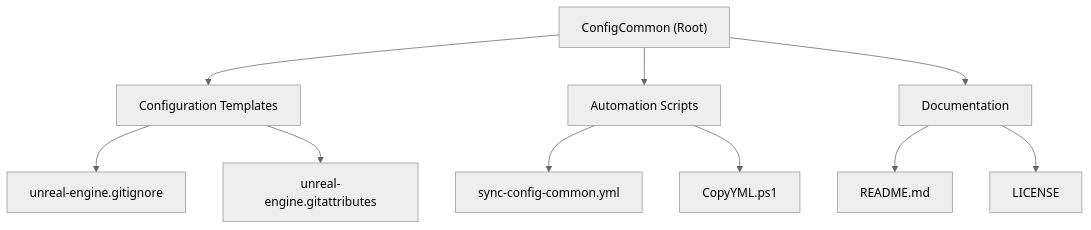
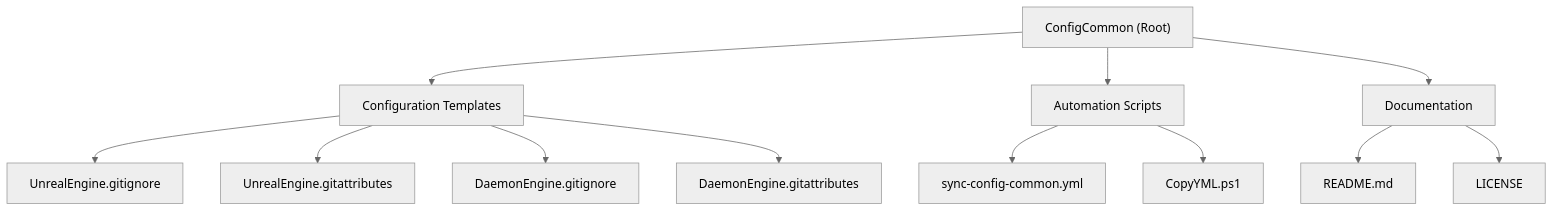
The diagram in CLAUDE.md (dadavidtseng/ConfigCommon), drawn with Mermaid (neutral theme) before and after one commit. The commit also changed other lines of this file and 1 other file, not shown here.

First paragraph of the commit message:
docs: update documentation with DaemonEngine support and usage examples
Comprehensive documentation updates across CLAUDE.md and README.md:

````diff
--- a/CLAUDE.md
+++ b/CLAUDE.md
@@ -15,20 +20,24 @@
 ```mermaid
 graph TD
     A["ConfigCommon (Root)"] --> B["Configuration Templates"];
     A --> C["Automation Scripts"];
     A --> D["Documentation"];
-    
-    B --> E["unreal-engine.gitignore"];
-    B --> F["unreal-engine.gitattributes"];
-    
-    C --> G["sync-config-common.yml"];
-    C --> H["CopyYML.ps1"];
-    
-    D --> I["README.md"];
-    D --> J["LICENSE"];
-    
-    click E "#unreal-engine-configuration" "Unreal Engine gitignore template"
-    click F "#unreal-engine-configuration" "Unreal Engine gitattributes template"
-    click G "#github-actions-workflow" "GitHub Actions sync workflow"
-    click H "#powershell-automation" "PowerShell sync script"
+
+    B --> E["UnrealEngine.gitignore"];
+    B --> F["UnrealEngine.gitattributes"];
+    B --> G["DaemonEngine.gitignore"];
+    B --> H["DaemonEngine.gitattributes"];
+
+    C --> I["sync-config-common.yml"];
+    C --> J["CopyYML.ps1"];
+
+    D --> K["README.md"];
+    D --> L["LICENSE"];
+
+    click E "#configuration-templates" "Unreal Engine gitignore template"
+    click F "#configuration-templates" "Unreal Engine gitattributes template"
+    click G "#configuration-templates" "Daemon Engine gitignore template"
+    click H "#configuration-templates" "Daemon Engine gitattributes template"
+    click I "#github-actions-workflow" "GitHub Actions sync workflow"
+    click J "#powershell-automation" "PowerShell sync script"
 ```
````
